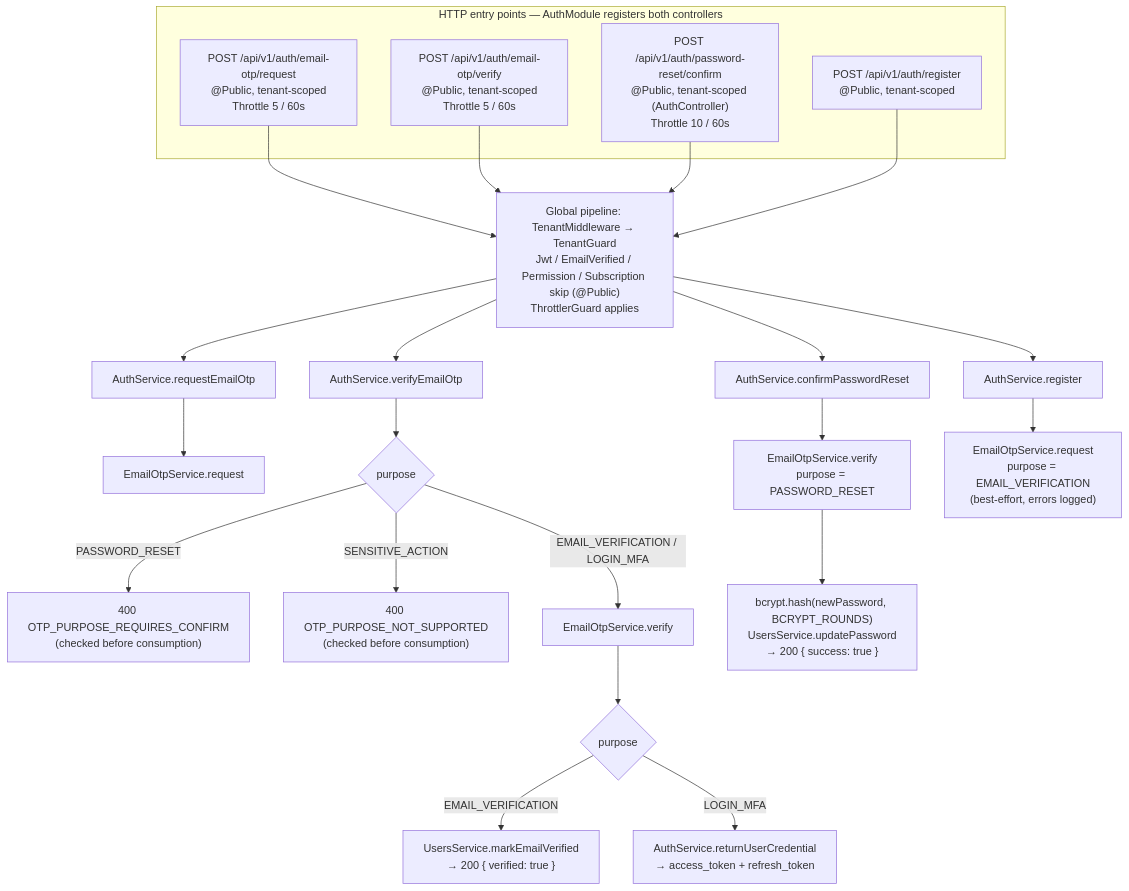
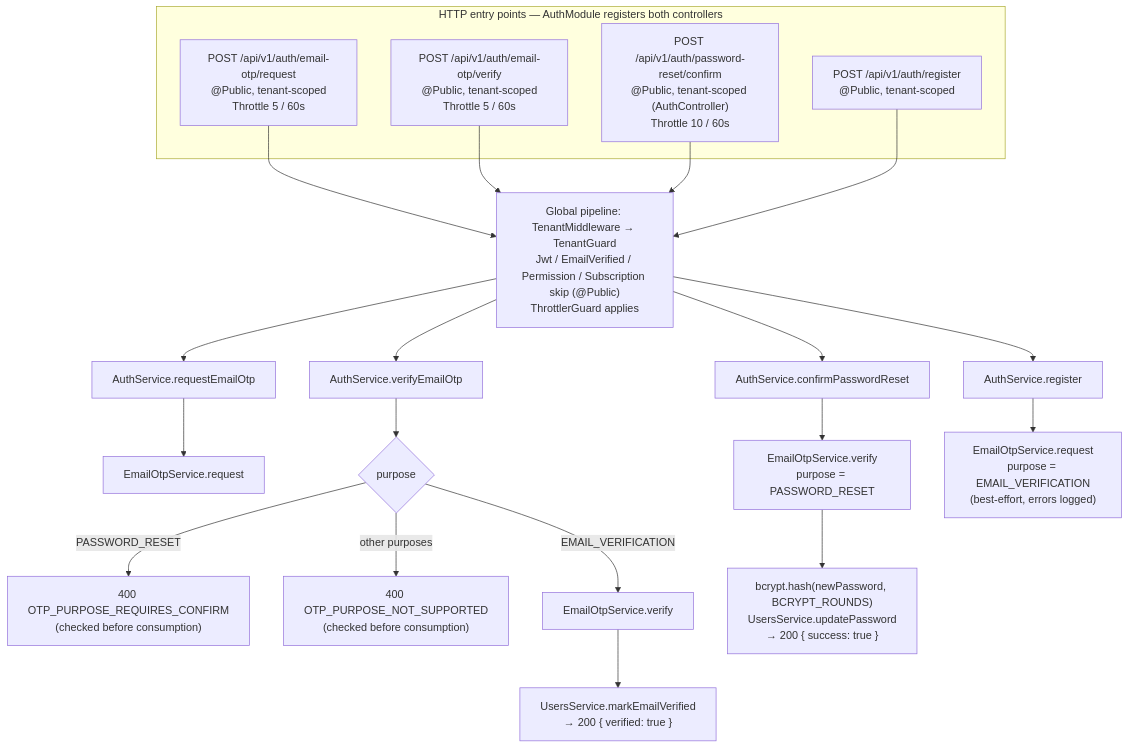
The first of 4 diagrams in apps/api/src/modules/email-otp/workflow.md (DevBassel/saas_commerce), drawn with Mermaid before and after one commit. The commit also changed other lines of this file and 17 other files, not shown here.

````diff
--- a/apps/api/src/modules/email-otp/workflow.md
+++ b/apps/api/src/modules/email-otp/workflow.md
@@ -14,33 +14,31 @@
 ```mermaid
 flowchart TD
     subgraph HTTP["HTTP entry points — AuthModule registers both controllers"]
         RQ["POST /api/v1/auth/email-otp/request<br/>@Public, tenant-scoped<br/>Throttle 5 / 60s"]
         VR["POST /api/v1/auth/email-otp/verify<br/>@Public, tenant-scoped<br/>Throttle 5 / 60s"]
         PR["POST /api/v1/auth/password-reset/confirm<br/>@Public, tenant-scoped (AuthController)<br/>Throttle 10 / 60s"]
         RG["POST /api/v1/auth/register<br/>@Public, tenant-scoped"]
     end
 
     RQ --> G["Global pipeline: TenantMiddleware → TenantGuard<br/>Jwt / EmailVerified / Permission / Subscription skip (@Public)<br/>ThrottlerGuard applies"]
     VR --> G
     PR --> G
     RG --> G
 
     G --> A1["AuthService.requestEmailOtp"]
     G --> A2["AuthService.verifyEmailOtp"]
     G --> A3["AuthService.confirmPasswordReset"]
     G --> A4["AuthService.register"]
 
     A1 --> S1["EmailOtpService.request"]
     A2 --> S2a{"purpose"}
     S2a -->|"PASSWORD_RESET"| E1["400 OTP_PURPOSE_REQUIRES_CONFIRM<br/>(checked before consumption)"]
-    S2a -->|"SENSITIVE_ACTION"| E2["400 OTP_PURPOSE_NOT_SUPPORTED<br/>(checked before consumption)"]
-    S2a -->|"EMAIL_VERIFICATION / LOGIN_MFA"| S2["EmailOtpService.verify"]
+    S2a -->|"other purposes"| E2["400 OTP_PURPOSE_NOT_SUPPORTED<br/>(checked before consumption)"]
+    S2a -->|"EMAIL_VERIFICATION"| S2["EmailOtpService.verify"]
     A3 --> S3["EmailOtpService.verify<br/>purpose = PASSWORD_RESET"]
     A4 --> S4["EmailOtpService.request<br/>purpose = EMAIL_VERIFICATION<br/>(best-effort, errors logged)"]
 
-    S2 --> F1{"purpose"}
-    F1 -->|"EMAIL_VERIFICATION"| F1a["UsersService.markEmailVerified<br/>→ 200 { verified: true }"]
-    F1 -->|"LOGIN_MFA"| F1b["AuthService.returnUserCredential<br/>→ access_token + refresh_token"]
+    S2 --> F1["UsersService.markEmailVerified<br/>→ 200 { verified: true }"]
 
     S3 --> F3["bcrypt.hash(newPassword, BCRYPT_ROUNDS)<br/>UsersService.updatePassword<br/>→ 200 { success: true }"]
 ```
````
